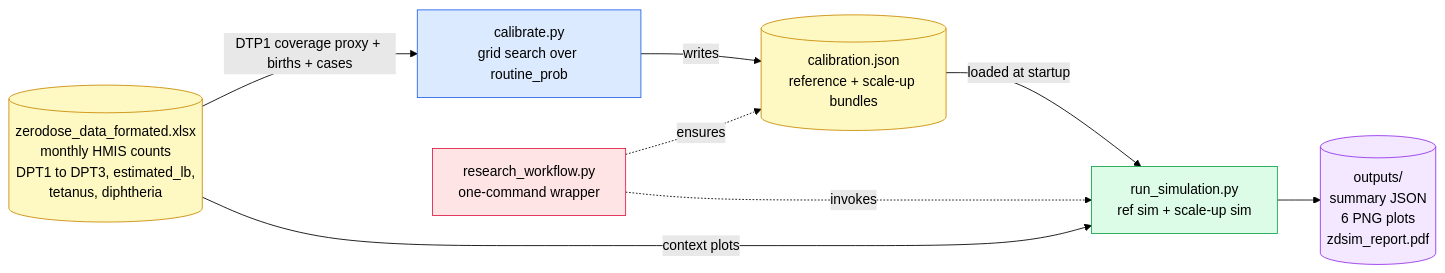
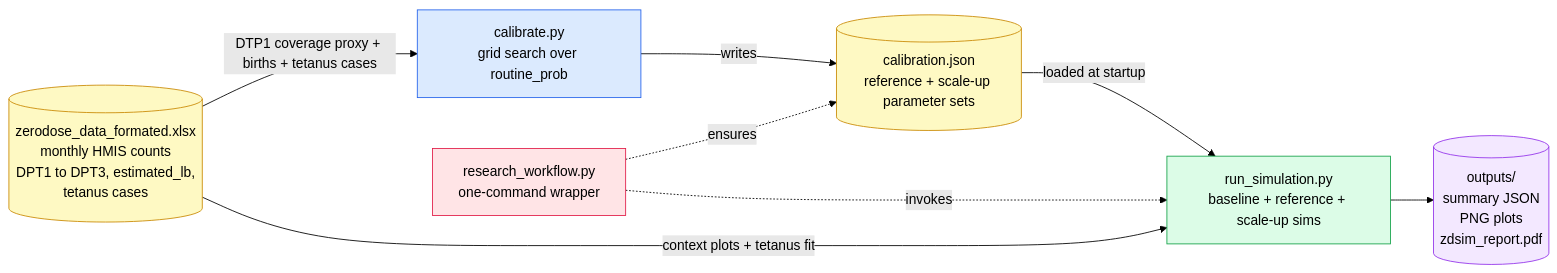
One commit to starsimhub/zdsim changed the first of 12 diagrams in docs/ARCHITECTURE.md. Above: the diagram before and after it, drawn with Mermaid (forest theme). The commit also changed other lines of this file, not shown here.

````diff
--- a/docs/ARCHITECTURE.md
+++ b/docs/ARCHITECTURE.md
@@ -29,25 +31,25 @@
 ```mermaid
 flowchart LR
-    XLSX[("zerodose_data_formated.xlsx<br/>monthly HMIS counts<br/>DPT1 to DPT3, estimated_lb,<br/>tetanus, diphtheria")]
+    XLSX[("zerodose_data_formated.xlsx<br/>monthly HMIS counts<br/>DPT1 to DPT3, estimated_lb,<br/>tetanus cases")]
     CAL["calibrate.py<br/>grid search over routine_prob"]
-    JSON[("calibration.json<br/>reference + scale-up bundles")]
-    RUN["run_simulation.py<br/>ref sim + scale-up sim"]
-    OUT[("outputs/<br/>summary JSON<br/>6 PNG plots<br/>zdsim_report.pdf")]
+    JSON[("calibration.json<br/>reference + scale-up parameter sets")]
+    RUN["run_simulation.py<br/>baseline + reference + scale-up sims"]
+    OUT[("outputs/<br/>summary JSON<br/>PNG plots<br/>zdsim_report.pdf")]
     WORKFLOW["research_workflow.py<br/>one-command wrapper"]
 
-    XLSX -->|DTP1 coverage proxy + births + cases| CAL
+    XLSX -->|DTP1 coverage proxy + births + tetanus cases| CAL
     CAL -->|writes| JSON
     JSON -->|loaded at startup| RUN
-    XLSX -->|context plots| RUN
+    XLSX -->|context plots + tetanus fit| RUN
     RUN --> OUT
 
     WORKFLOW -.->|ensures| JSON
     WORKFLOW -.->|invokes| RUN
 
     style XLSX fill:#fef9c3,stroke:#ca8a04,color:#000
     style CAL fill:#dbeafe,stroke:#2563eb,color:#000
     style JSON fill:#fef9c3,stroke:#ca8a04,color:#000
     style RUN fill:#dcfce7,stroke:#16a34a,color:#000
     style OUT fill:#f3e8ff,stroke:#9333ea,color:#000
     style WORKFLOW fill:#ffe4e6,stroke:#e11d48,color:#000
 ```
````
